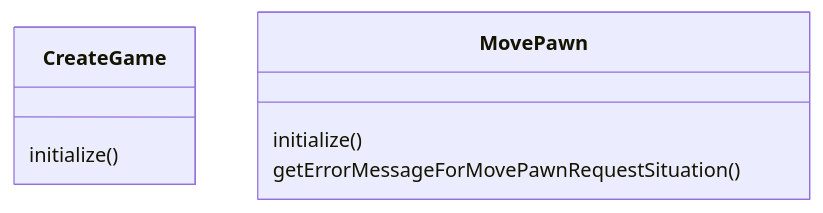
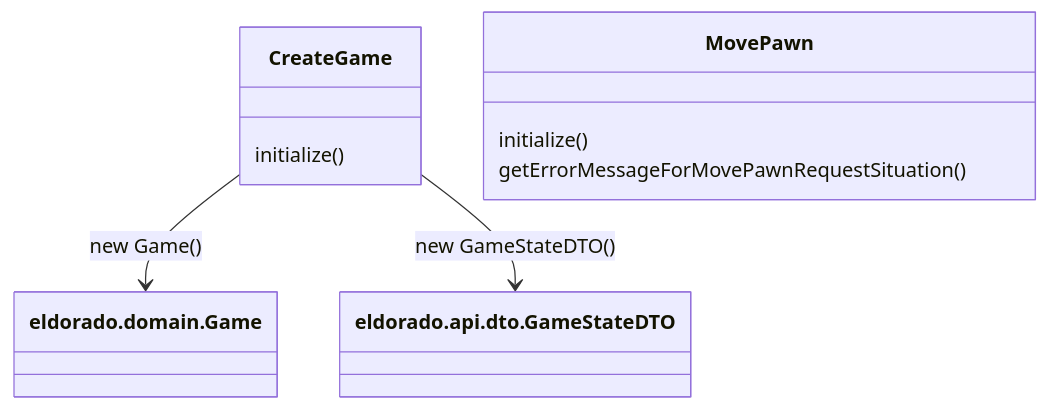
One commit to stijnlinderman/eldorado changed the fifth of 7 diagrams in ARCHITECTURE.md. Above: the diagram before and after it, drawn with Mermaid.

````diff
--- a/ARCHITECTURE.md
+++ b/ARCHITECTURE.md
@@ -64,8 +64,9 @@
 ```mermaid
 classDiagram
-	class CreateGame
+	CreateGame --> eldorado.domain.Game : new Game()
+	CreateGame --> eldorado.api.dto.GameStateDTO : new GameStateDTO()
 	CreateGame : initialize()
 	class MovePawn
 	MovePawn : initialize()
 	MovePawn : getErrorMessageForMovePawnRequestSituation()
 ```
````
